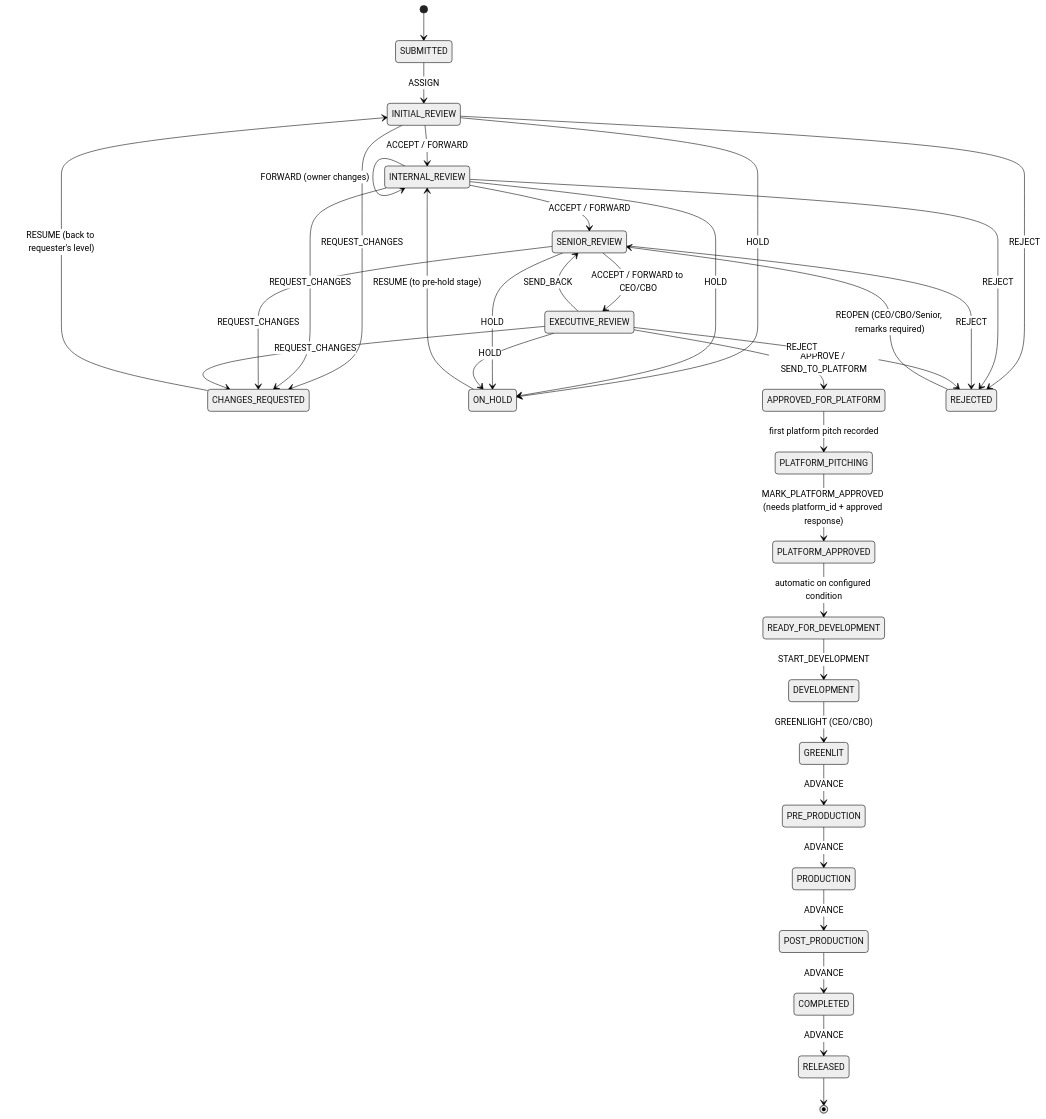
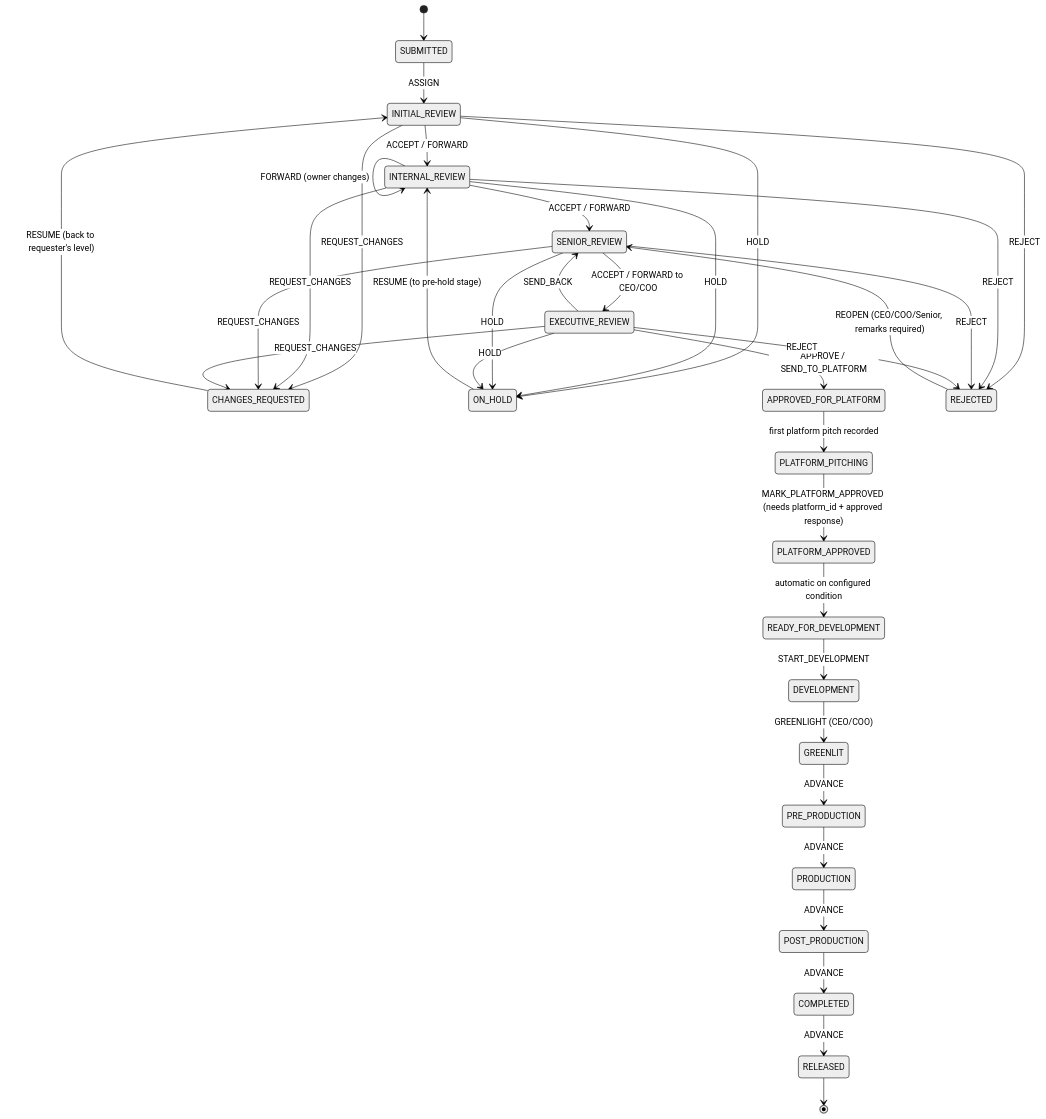
One commit to dash-tamada/pitch_tracker changed the second of 2 diagrams in docs/ARCHITECTURE.md. Above: the diagram before and after it, drawn with Mermaid (neutral theme). The commit also changed other lines of this file and 12 other files, not shown here.

Commit message:
Phase 1: architecture, database, auth, RBAC, workflow engine

````diff
--- a/docs/ARCHITECTURE.md
+++ b/docs/ARCHITECTURE.md
@@ -255,37 +255,37 @@
 ```mermaid
 stateDiagram-v2
   [*] --> SUBMITTED
   SUBMITTED --> INITIAL_REVIEW: ASSIGN
   INITIAL_REVIEW --> INTERNAL_REVIEW: ACCEPT / FORWARD
   INTERNAL_REVIEW --> INTERNAL_REVIEW: FORWARD (owner changes)
   INTERNAL_REVIEW --> SENIOR_REVIEW: ACCEPT / FORWARD
-  SENIOR_REVIEW --> EXECUTIVE_REVIEW: ACCEPT / FORWARD to CEO/CBO
+  SENIOR_REVIEW --> EXECUTIVE_REVIEW: ACCEPT / FORWARD to CEO/COO
   INITIAL_REVIEW --> CHANGES_REQUESTED: REQUEST_CHANGES
   INTERNAL_REVIEW --> CHANGES_REQUESTED: REQUEST_CHANGES
   SENIOR_REVIEW --> CHANGES_REQUESTED: REQUEST_CHANGES
   EXECUTIVE_REVIEW --> CHANGES_REQUESTED: REQUEST_CHANGES
   CHANGES_REQUESTED --> INITIAL_REVIEW: RESUME (back to requester's level)
   INITIAL_REVIEW --> ON_HOLD: HOLD
   INTERNAL_REVIEW --> ON_HOLD: HOLD
   SENIOR_REVIEW --> ON_HOLD: HOLD
   EXECUTIVE_REVIEW --> ON_HOLD: HOLD
   ON_HOLD --> INTERNAL_REVIEW: RESUME (to pre-hold stage)
   EXECUTIVE_REVIEW --> SENIOR_REVIEW: SEND_BACK
   EXECUTIVE_REVIEW --> APPROVED_FOR_PLATFORM: APPROVE / SEND_TO_PLATFORM
   APPROVED_FOR_PLATFORM --> PLATFORM_PITCHING: first platform pitch recorded
   PLATFORM_PITCHING --> PLATFORM_APPROVED: MARK_PLATFORM_APPROVED (needs platform_id + approved response)
   PLATFORM_APPROVED --> READY_FOR_DEVELOPMENT: automatic on configured condition
   READY_FOR_DEVELOPMENT --> DEVELOPMENT: START_DEVELOPMENT
-  DEVELOPMENT --> GREENLIT: GREENLIGHT (CEO/CBO)
+  DEVELOPMENT --> GREENLIT: GREENLIGHT (CEO/COO)
   GREENLIT --> PRE_PRODUCTION: ADVANCE
   PRE_PRODUCTION --> PRODUCTION: ADVANCE
   PRODUCTION --> POST_PRODUCTION: ADVANCE
   POST_PRODUCTION --> COMPLETED: ADVANCE
   COMPLETED --> RELEASED: ADVANCE
   INITIAL_REVIEW --> REJECTED: REJECT
   INTERNAL_REVIEW --> REJECTED: REJECT
   SENIOR_REVIEW --> REJECTED: REJECT
   EXECUTIVE_REVIEW --> REJECTED: REJECT
-  REJECTED --> SENIOR_REVIEW: REOPEN (CEO/CBO/Senior, remarks required)
+  REJECTED --> SENIOR_REVIEW: REOPEN (CEO/COO/Senior, remarks required)
   RELEASED --> [*]
 ```
````
